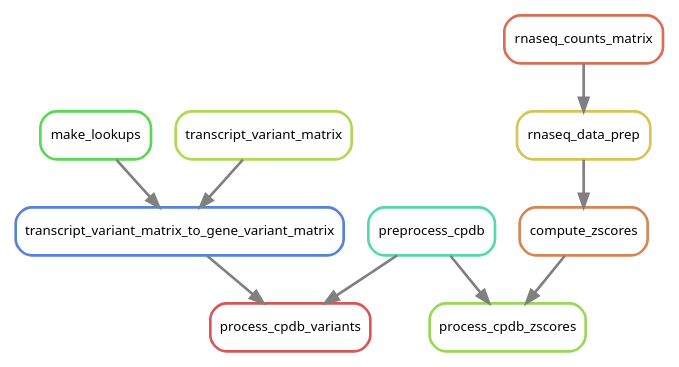
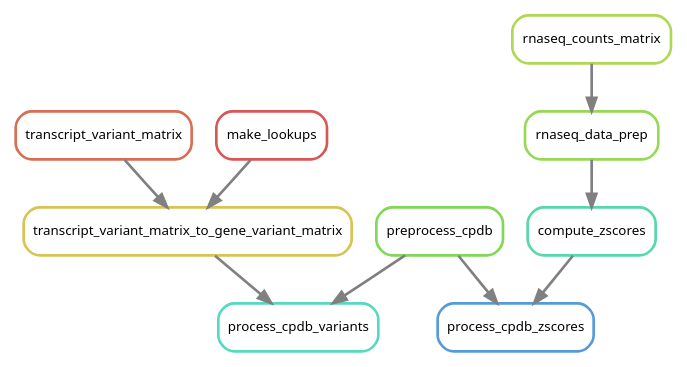
One commit to NCBI-Hackathons/Pharmacogenomics_Prediction_Pipeline_P3 changed the diagram in doc/source/images/cpdb.dot. Above: the diagram before and after it, drawn with Graphviz. The commit also changed 35 other files, not shown here.

```diff
--- a/doc/source/images/cpdb.dot
+++ b/doc/source/images/cpdb.dot
@@ -1,22 +1,22 @@
 digraph snakemake_dag {
     graph[bgcolor=white, margin=0];
     node[shape=box, style=rounded, fontname=sans,                 fontsize=10, penwidth=2];
     edge[penwidth=2, color=grey];
-	0[label = "rnaseq_data_prep", color = "0.14 0.6 0.85", style="rounded"];
-	1[label = "make_lookups", color = "0.33 0.6 0.85", style="rounded"];
-	2[label = "compute_zscores", color = "0.06 0.6 0.85", style="rounded"];
-	3[label = "process_cpdb_zscores", color = "0.25 0.6 0.85", style="rounded"];
-	4[label = "preprocess_cpdb", color = "0.44 0.6 0.85", style="rounded"];
-	5[label = "transcript_variant_matrix_to_gene_variant_matrix", color = "0.61 0.6 0.85", style="rounded"];
-	6[label = "process_cpdb_variants", color = "0.00 0.6 0.85", style="rounded"];
-	7[label = "rnaseq_counts_matrix", color = "0.03 0.6 0.85", style="rounded"];
-	8[label = "transcript_variant_matrix", color = "0.22 0.6 0.85", style="rounded"];
-	7 -> 0
-	0 -> 2
-	2 -> 3
+	0[label = "transcript_variant_matrix", color = "0.03 0.6 0.85", style="rounded"];
+	1[label = "rnaseq_counts_matrix", color = "0.22 0.6 0.85", style="rounded"];
+	2[label = "make_lookups", color = "0.00 0.6 0.85", style="rounded"];
+	3[label = "process_cpdb_zscores", color = "0.58 0.6 0.85", style="rounded"];
+	4[label = "preprocess_cpdb", color = "0.28 0.6 0.85", style="rounded"];
+	5[label = "process_cpdb_variants", color = "0.47 0.6 0.85", style="rounded"];
+	6[label = "compute_zscores", color = "0.44 0.6 0.85", style="rounded"];
+	7[label = "transcript_variant_matrix_to_gene_variant_matrix", color = "0.14 0.6 0.85", style="rounded"];
+	8[label = "rnaseq_data_prep", color = "0.25 0.6 0.85", style="rounded"];
+	6 -> 3
 	4 -> 3
-	1 -> 5
-	8 -> 5
-	4 -> 6
-	5 -> 6
+	7 -> 5
+	4 -> 5
+	8 -> 6
+	2 -> 7
+	0 -> 7
+	1 -> 8
 }            
```
